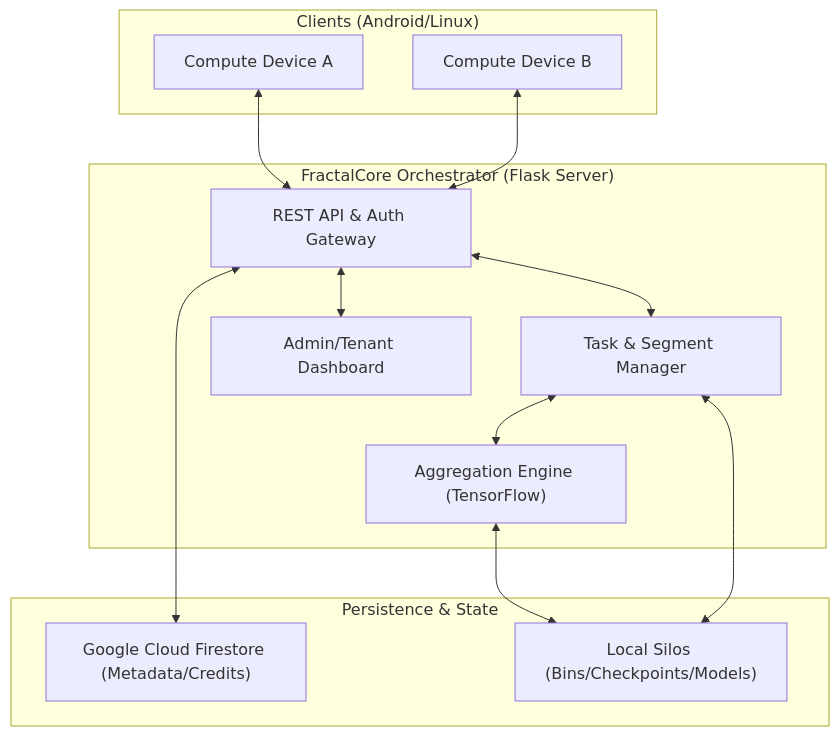
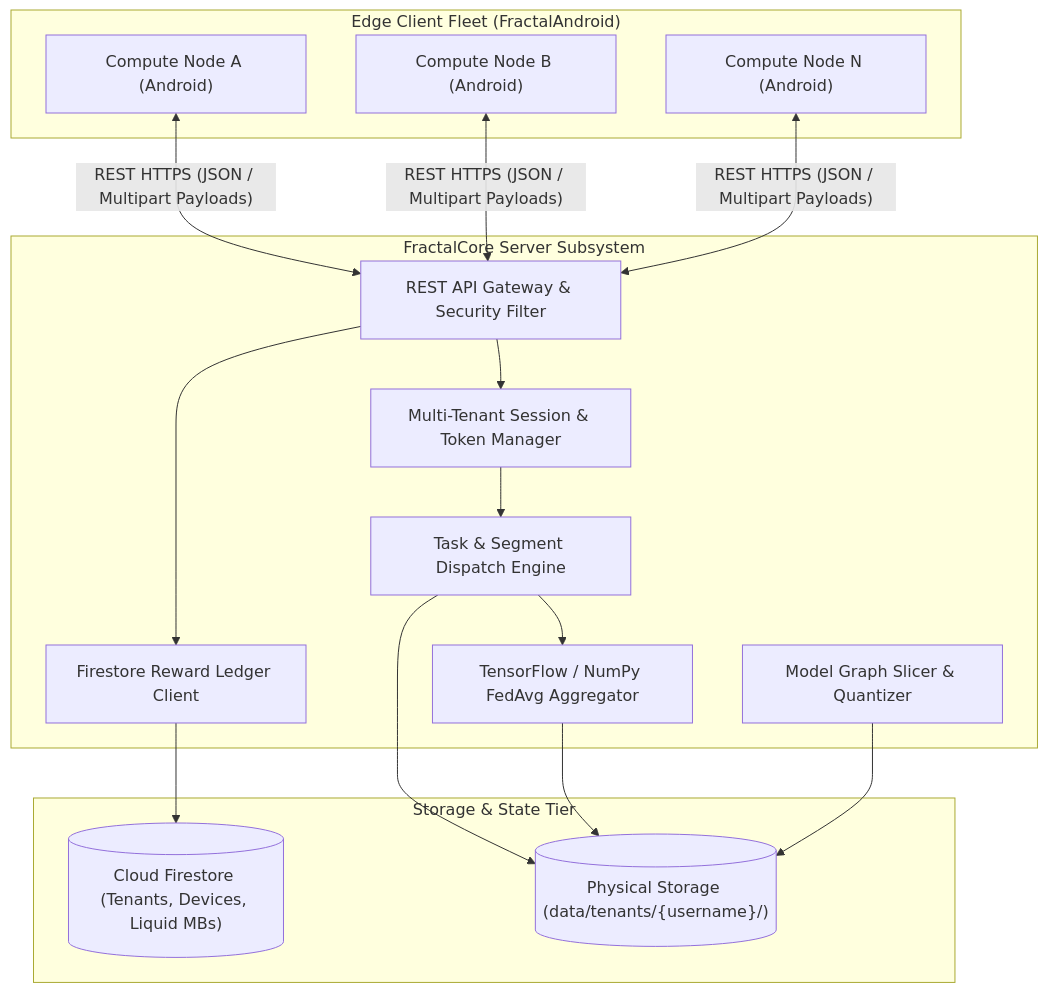
The first of 2 diagrams in docs/architecture.md (Fractal-Compute-Orchestrations/FractalCore), drawn with Mermaid before and after one commit. The commit also changed other lines of this file and 39 other files, not shown here.

````diff
--- a/docs/architecture.md
+++ b/docs/architecture.md
@@ -7,29 +9,32 @@
 ```mermaid
 graph TD
-    subgraph "Clients (Android/Linux)"
-        Device1["Compute Device A"]
-        Device2["Compute Device B"]
+    subgraph EdgeFleet ["Edge Client Fleet (FractalAndroid)"]
+        NodeA["Compute Node A (Android)"]
+        NodeB["Compute Node B (Android)"]
+        NodeN["Compute Node N (Android)"]
     end
 
-    subgraph "FractalCore Orchestrator (Flask Server)"
-        API["REST API & Auth Gateway"]
-        TaskMgr["Task & Segment Manager"]
-        FedAvg["Aggregation Engine (TensorFlow)"]
-        Dashboard["Admin/Tenant Dashboard"]
+    subgraph FractalCoreOrchestrator ["FractalCore Server Subsystem"]
+        Gateway["REST API Gateway & Security Filter"]
+        SessionMgr["Multi-Tenant Session & Token Manager"]
+        TaskEngine["Task & Segment Dispatch Engine"]
+        FedAvgEngine["TensorFlow / NumPy FedAvg Aggregator"]
+        SlicerEngine["Model Graph Slicer & Quantizer"]
+        RewardEngine["Firestore Reward Ledger Client"]
     end
 
-    subgraph "Persistence & State"
-        Firestore["Google Cloud Firestore (Metadata/Credits)"]
-        LocalStorage["Local Silos (Bins/Checkpoints/Models)"]
+    subgraph StorageSubsystem ["Storage & State Tier"]
+        FirestoreState[("Cloud Firestore (Tenants, Devices, Liquid MBs)")]
+        DiskSilos[("Physical Storage (data/tenants/{username}/)")]
     end
 
-    %% Interactions
-    Device1 <--> API
-    Device2 <--> API
-    API <--> TaskMgr
-    TaskMgr <--> FedAvg
-    API <--> Dashboard
-    API <--> Firestore
-    FedAvg <--> LocalStorage
-    TaskMgr <--> LocalStorage
+    NodeA & NodeB & NodeN <-->|"REST HTTPS (JSON / Multipart Payloads)"| Gateway
+    Gateway --> SessionMgr
+    SessionMgr --> TaskEngine
+    TaskEngine --> DiskSilos
+    TaskEngine --> FedAvgEngine
+    FedAvgEngine --> DiskSilos
+    SlicerEngine --> DiskSilos
+    Gateway --> RewardEngine
+    RewardEngine --> FirestoreState
 ```
````
